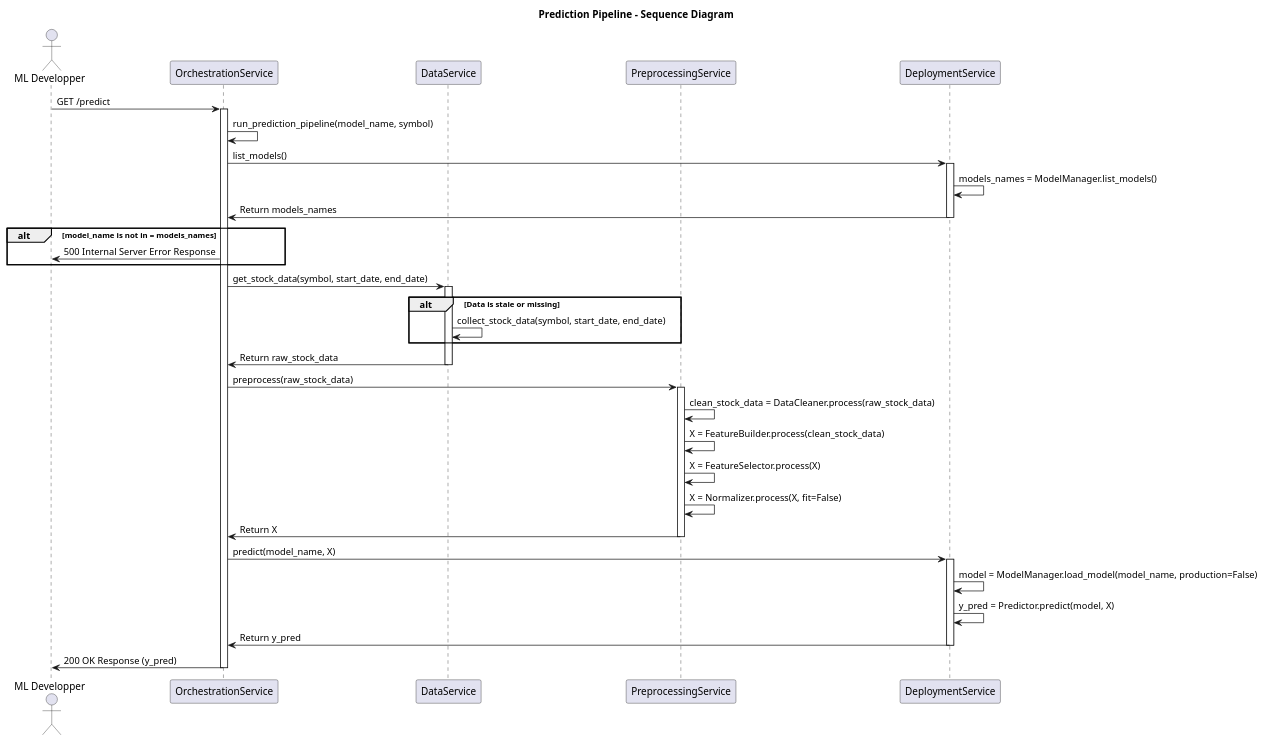
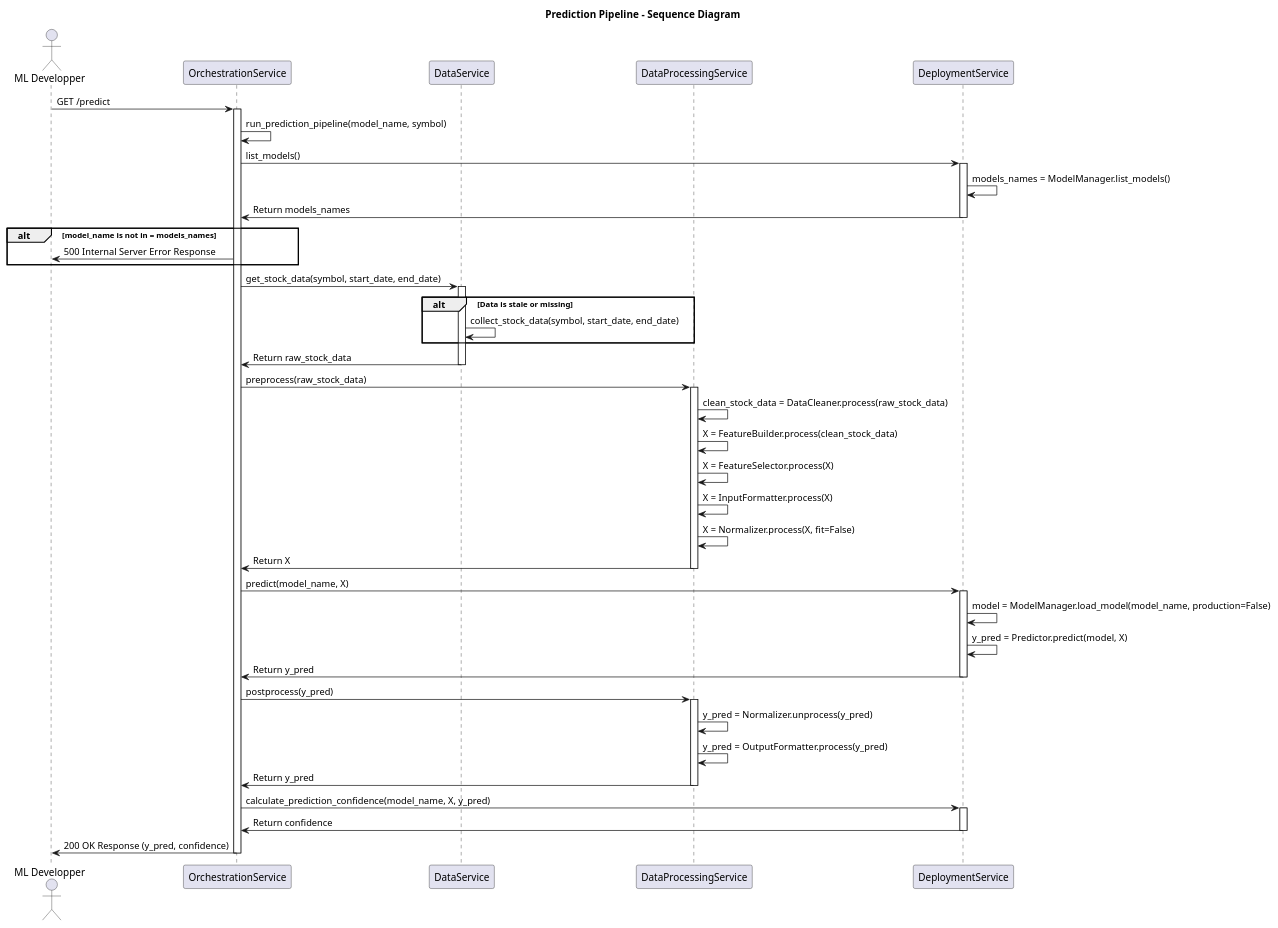
The diagram in docs/monolith/sequence-diagrams/Prediction_Pipeline_Sequence_Diagram.puml (LOG795-PFE031/stock-ai_pfe031), drawn with PlantUML before and after one commit. The commit also changed 2 other files, not shown here.

Commit message:
sequence diagrams corrections

```diff
--- a/docs/monolith/sequence-diagrams/Prediction_Pipeline_Sequence_Diagram.puml
+++ b/docs/monolith/sequence-diagrams/Prediction_Pipeline_Sequence_Diagram.puml
@@ -1,59 +1,74 @@
 @startuml
 
 title Prediction Pipeline - Sequence Diagram
 
 Actor "ML Developper" as User
 participant OrchestrationService
 participant DataService
-participant PreprocessingService
+participant DataProcessingService
 participant DeploymentService
 
 
 User -> OrchestrationService : GET /predict
 activate OrchestrationService
 
 OrchestrationService -> OrchestrationService : run_prediction_pipeline(model_name, symbol)
 OrchestrationService -> DeploymentService : list_models()
 activate DeploymentService
 DeploymentService -> DeploymentService : models_names = ModelManager.list_models()
 DeploymentService -> OrchestrationService : Return models_names
 deactivate DeploymentService
 
 alt model_name is not in = models_names
     OrchestrationService -> User : 500 Internal Server Error Response
 end
 
 
 OrchestrationService -> DataService : get_stock_data(symbol, start_date, end_date)
 activate DataService
 
 alt Data is stale or missing
     DataService -> DataService : collect_stock_data(symbol, start_date, end_date)
 end
 DataService -> OrchestrationService : Return raw_stock_data
 deactivate DataService
 
 
-OrchestrationService -> PreprocessingService : preprocess(raw_stock_data)
-activate PreprocessingService
-PreprocessingService -> PreprocessingService : clean_stock_data = DataCleaner.process(raw_stock_data)
-PreprocessingService -> PreprocessingService : X = FeatureBuilder.process(clean_stock_data)
-PreprocessingService -> PreprocessingService : X = FeatureSelector.process(X)
-PreprocessingService -> PreprocessingService : X = Normalizer.process(X, fit=False)
-PreprocessingService -> OrchestrationService : Return X
-deactivate PreprocessingService
+OrchestrationService -> DataProcessingService : preprocess(raw_stock_data)
+activate DataProcessingService
+DataProcessingService -> DataProcessingService : clean_stock_data = DataCleaner.process(raw_stock_data)
+DataProcessingService -> DataProcessingService : X = FeatureBuilder.process(clean_stock_data)
+DataProcessingService -> DataProcessingService : X = FeatureSelector.process(X)
+DataProcessingService -> DataProcessingService : X = InputFormatter.process(X)
+DataProcessingService -> DataProcessingService : X = Normalizer.process(X, fit=False)
+DataProcessingService -> OrchestrationService : Return X
+deactivate DataProcessingService
 
 OrchestrationService -> DeploymentService : predict(model_name, X)
 activate DeploymentService
 
 DeploymentService -> DeploymentService : model = ModelManager.load_model(model_name, production=False)
 DeploymentService -> DeploymentService : y_pred = Predictor.predict(model, X)
 
 DeploymentService -> OrchestrationService : Return y_pred
 deactivate DeploymentService
 
 
-OrchestrationService -> User : 200 OK Response (y_pred)
+OrchestrationService -> DataProcessingService : postprocess(y_pred)
+
+activate DataProcessingService
+DataProcessingService -> DataProcessingService : y_pred = Normalizer.unprocess(y_pred)
+DataProcessingService -> DataProcessingService : y_pred = OutputFormatter.process(y_pred)
+DataProcessingService -> OrchestrationService : Return y_pred
+deactivate DataProcessingService
+
+OrchestrationService -> DeploymentService : calculate_prediction_confidence(model_name, X, y_pred)
+activate DeploymentService
+DeploymentService -> OrchestrationService : Return confidence
+deactivate DeploymentService
+
+
+OrchestrationService -> User : 200 OK Response (y_pred, confidence)
 deactivate OrchestrationService
 
 @enduml
```
